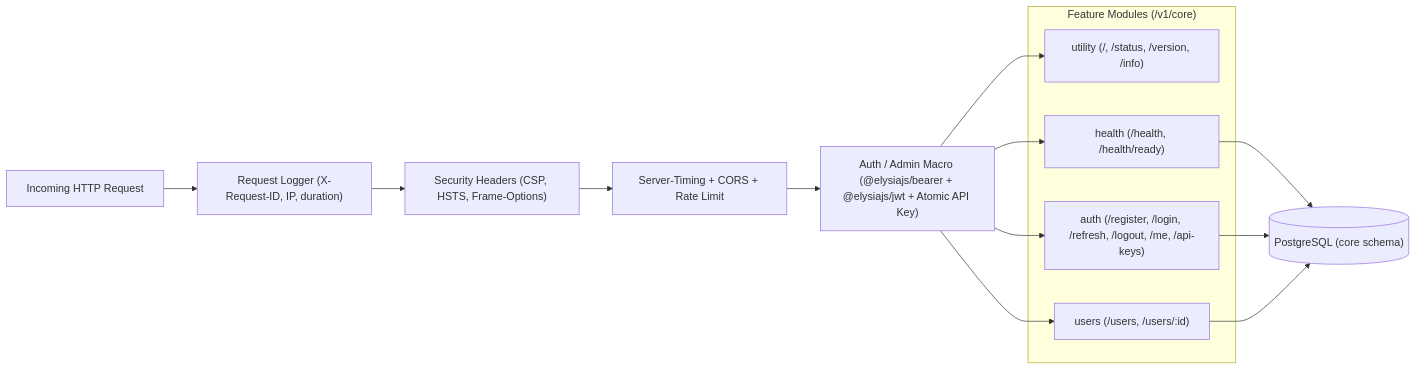
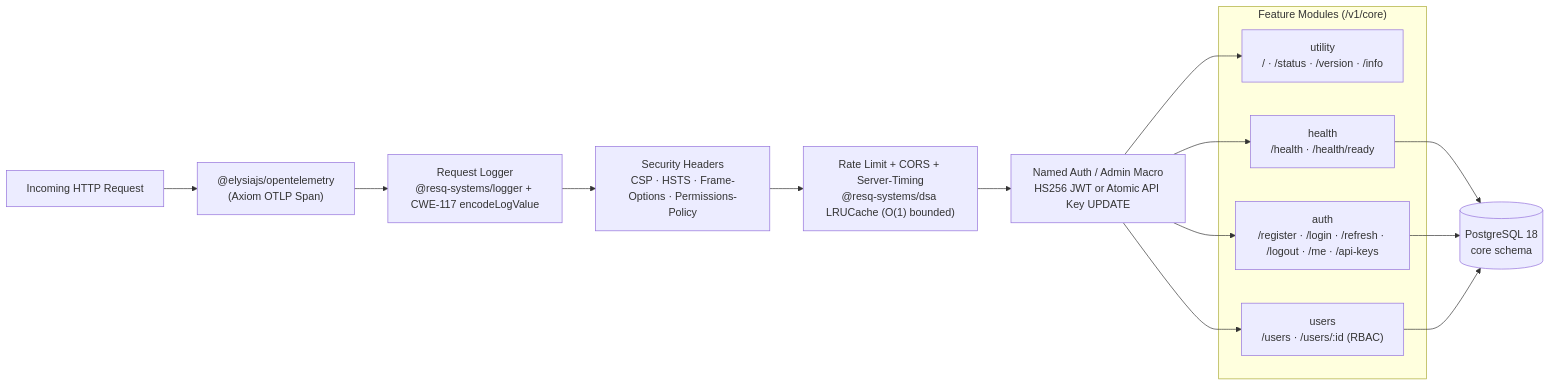
Before and after one commit to WomB0ComB0/api: the third of 6 diagrams in README.md, drawn with Mermaid. The commit also changed other lines of this file, not shown here.

Commit message:
docs: update README with full production topology, Hexagonal, @resq-systems, Axiom OTLP & CI/CD diagrams

````diff
--- a/README.md
+++ b/README.md
@@ -111,26 +124,27 @@
 ```mermaid
 flowchart LR
     Req["Incoming HTTP Request"]
-    Log["Request Logger (X-Request-ID, IP, duration)"]
-    Sec["Security Headers (CSP, HSTS, Frame-Options)"]
-    ST["Server-Timing + CORS + Rate Limit"]
-    Macro["Auth / Admin Macro (@elysiajs/bearer + @elysiajs/jwt + Atomic API Key)"]
+    OTel["@elysiajs/opentelemetry\n(Axiom OTLP Span)"]
+    Log["Request Logger\n@resq-systems/logger + CWE-117 encodeLogValue"]
+    Sec["Security Headers\nCSP · HSTS · Frame-Options · Permissions-Policy"]
+    RL["Rate Limit + CORS + Server-Timing\n@resq-systems/dsa LRUCache (O(1) bounded)"]
+    Macro["Named Auth / Admin Macro\nHS256 JWT or Atomic API Key UPDATE"]
 
     subgraph Modules["Feature Modules (/v1/core)"]
-        Util["utility (/, /status, /version, /info)"]
-        Hlth["health (/health, /health/ready)"]
-        Auth["auth (/register, /login, /refresh, /logout, /me, /api-keys)"]
-        Users["users (/users, /users/:id)"]
+        Util["utility\n/ · /status · /version · /info"]
+        Hlth["health\n/health · /health/ready"]
+        Auth["auth\n/register · /login · /refresh · /logout · /me · /api-keys"]
+        Users["users\n/users · /users/:id (RBAC)"]
     end
 
-    DB[("PostgreSQL (core schema)")]
+    DB[("PostgreSQL 18\ncore schema")]
 
-    Req --> Log --> Sec --> ST --> Macro
+    Req --> OTel --> Log --> Sec --> RL --> Macro
     Macro --> Util
     Macro --> Hlth
     Macro --> Auth
     Macro --> Users
     Hlth --> DB
     Auth --> DB
     Users --> DB
 ```
````
